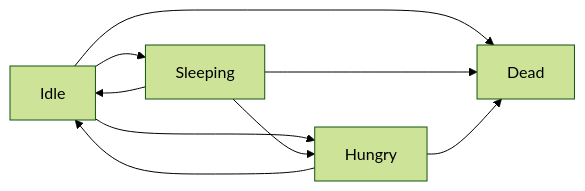
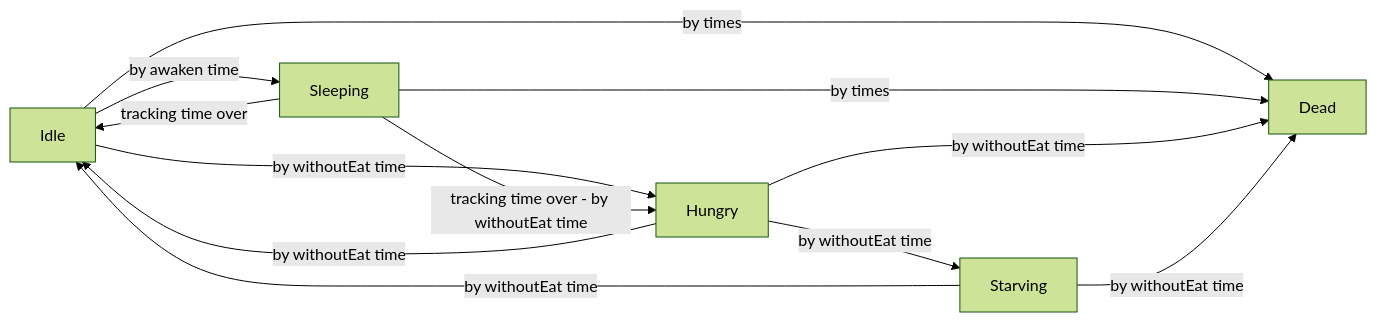
Before and after one commit to d1medeiros/tdahelper-pdf: the diagram in src/main/kotlin/com/example/tdahelper/core/read.md, drawn with Mermaid (forest theme). The commit also changed other lines of this file and 14 other files, not shown here.

````diff
--- a/src/main/kotlin/com/example/tdahelper/core/read.md
+++ b/src/main/kotlin/com/example/tdahelper/core/read.md
@@ -2,11 +2,14 @@
 ```mermaid
 flowchart LR
-    Idle-->Sleeping
-    Idle-->Hungry
-    Idle-->Dead
-    Sleeping-->Idle
-    Sleeping-->Hungry
-    Sleeping-->Dead
-    Hungry-->Idle
-    Hungry-->Dead
+    Idle-->|by awaken time|Sleeping
+    Idle-->|by withoutEat time|Hungry
+    Idle-->|by times|Dead
+    Sleeping-->|tracking time over|Idle
+    Sleeping-->|tracking time over - by withoutEat time|Hungry
+    Sleeping-->|by times|Dead
+    Hungry-->|by withoutEat time|Idle
+    Hungry-->|by withoutEat time|Starving
+    Hungry-->|by withoutEat time|Dead
+    Starving-->|by withoutEat time|Idle
+    Starving-->|by withoutEat time|Dead
 ```
````
